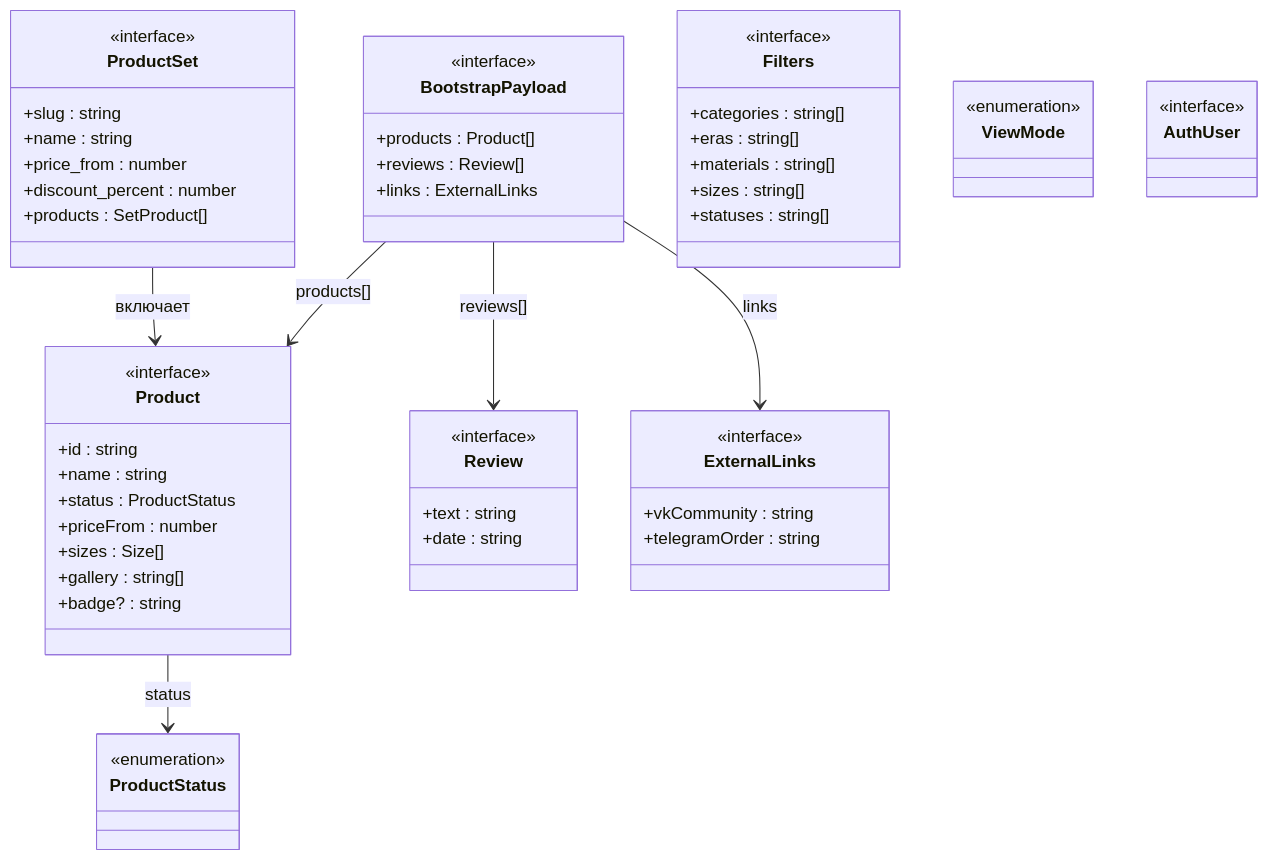
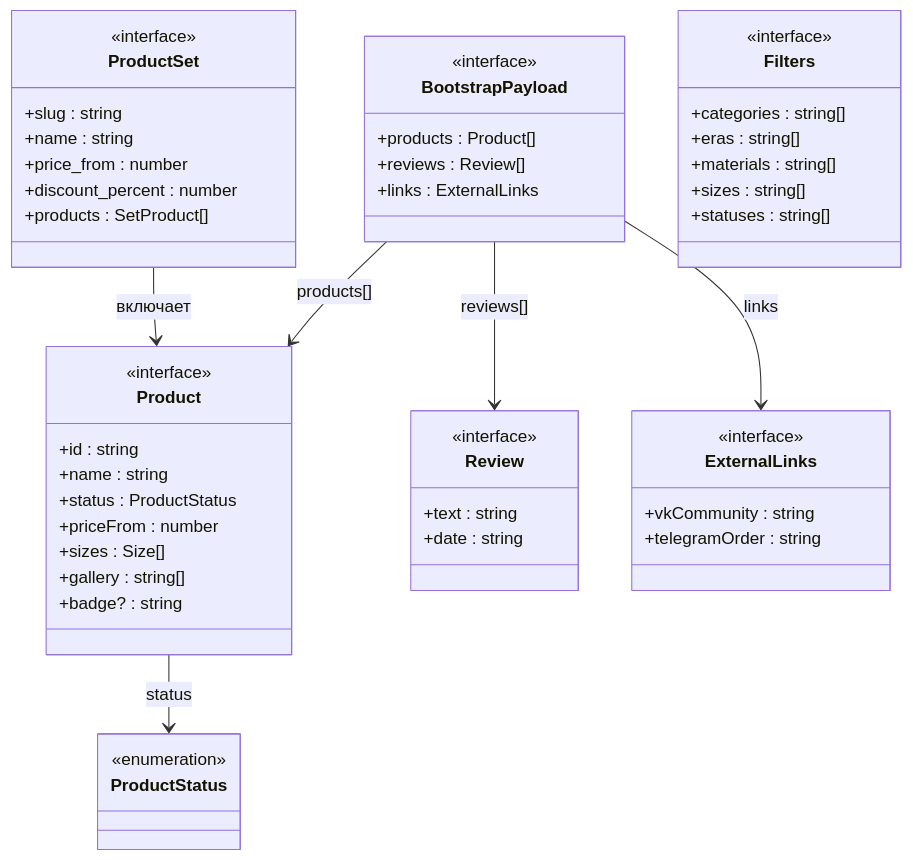
One commit to Morivan/-Calradia changed the diagram in docs/fig7_typescript_uml.mmd. Above: the diagram before and after it, drawn with Mermaid.

Commit message:
Remove ViewMode and AuthUser from TypeScript UML diagram
https://claude.ai/code/session_01D3hkvTwHu9An1jnGPvHyaS

```diff
--- a/docs/fig7_typescript_uml.mmd
+++ b/docs/fig7_typescript_uml.mmd
@@ -1,68 +1,60 @@
 classDiagram
     direction TB
 
     class BootstrapPayload {
         <<interface>>
         +products : Product[]
         +reviews  : Review[]
         +links    : ExternalLinks
     }
 
     class Product {
         <<interface>>
         +id        : string
         +name      : string
         +status    : ProductStatus
         +priceFrom : number
         +sizes     : Size[]
         +gallery   : string[]
         +badge?    : string
     }
 
     class ProductSet {
         <<interface>>
         +slug             : string
         +name             : string
         +price_from       : number
         +discount_percent : number
         +products         : SetProduct[]
     }
 
     class Review {
         <<interface>>
         +text  : string
         +date  : string
     }
 
     class ExternalLinks {
         <<interface>>
         +vkCommunity   : string
         +telegramOrder : string
     }
 
     class Filters {
         <<interface>>
         +categories : string[]
         +eras       : string[]
         +materials  : string[]
         +sizes      : string[]
         +statuses   : string[]
     }
 
     class ProductStatus {
         <<enumeration>>
     }
 
-    class ViewMode {
-        <<enumeration>>
-    }
-
-    class AuthUser {
-        <<interface>>
-    }
-
     BootstrapPayload --> Product      : products[]
     BootstrapPayload --> Review       : reviews[]
     BootstrapPayload --> ExternalLinks : links
     Product          --> ProductStatus : status
     ProductSet       --> Product      : включает
```
